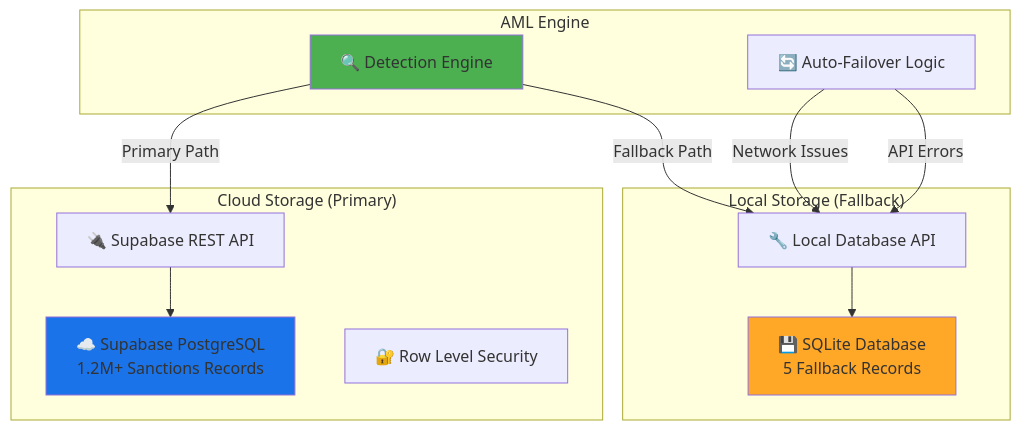
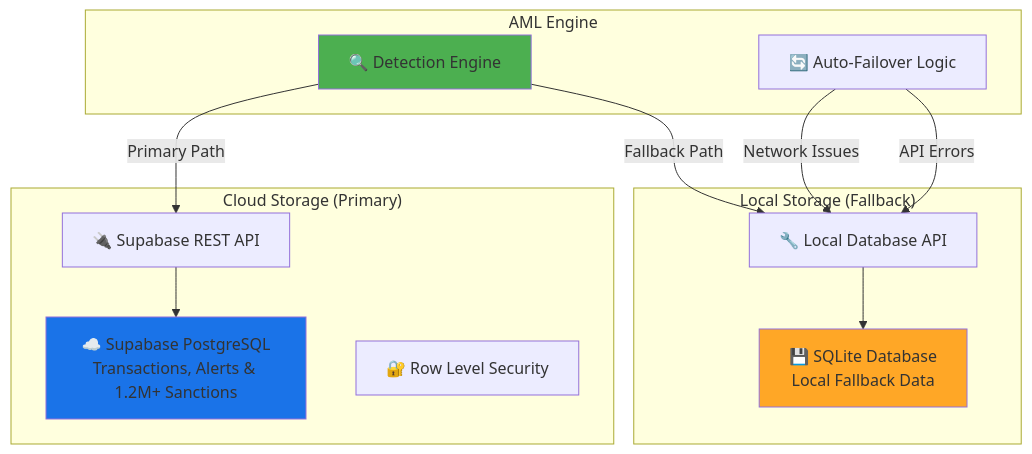
The sixth of 6 diagrams in README.md (paihari/aml-controller), drawn with Mermaid before and after one commit. The commit also changed other lines of this file, not shown here.

First line of the commit message:
Update README with Supabase AML integration and transaction workflow documentation

````diff
--- a/README.md
+++ b/README.md
@@ -332,29 +369,29 @@
 ```mermaid
 graph TB
     subgraph "Cloud Storage (Primary)"
-        Supabase[☁️ Supabase PostgreSQL<br/>1.2M+ Sanctions Records]
+        Supabase[☁️ Supabase PostgreSQL<br/>Transactions, Alerts & 1.2M+ Sanctions]
         SB_API[🔌 Supabase REST API]
         SB_Auth[🔐 Row Level Security]
     end
     
     subgraph "Local Storage (Fallback)"
-        SQLite[💾 SQLite Database<br/>5 Fallback Records]
+        SQLite[💾 SQLite Database<br/>Local Fallback Data]
         Local_API[🔧 Local Database API]
     end
     
     subgraph "AML Engine"
         Engine[🔍 Detection Engine]
         Fallback[🔄 Auto-Failover Logic]
     end
     
     Engine -->|Primary Path| SB_API
     SB_API --> Supabase
     Engine -->|Fallback Path| Local_API
     Local_API --> SQLite
     Fallback -->|Network Issues| Local_API
     Fallback -->|API Errors| Local_API
     
     style Supabase fill:#1a73e8
     style SQLite fill:#ffa726
     style Engine fill:#4caf50
 ```
````
